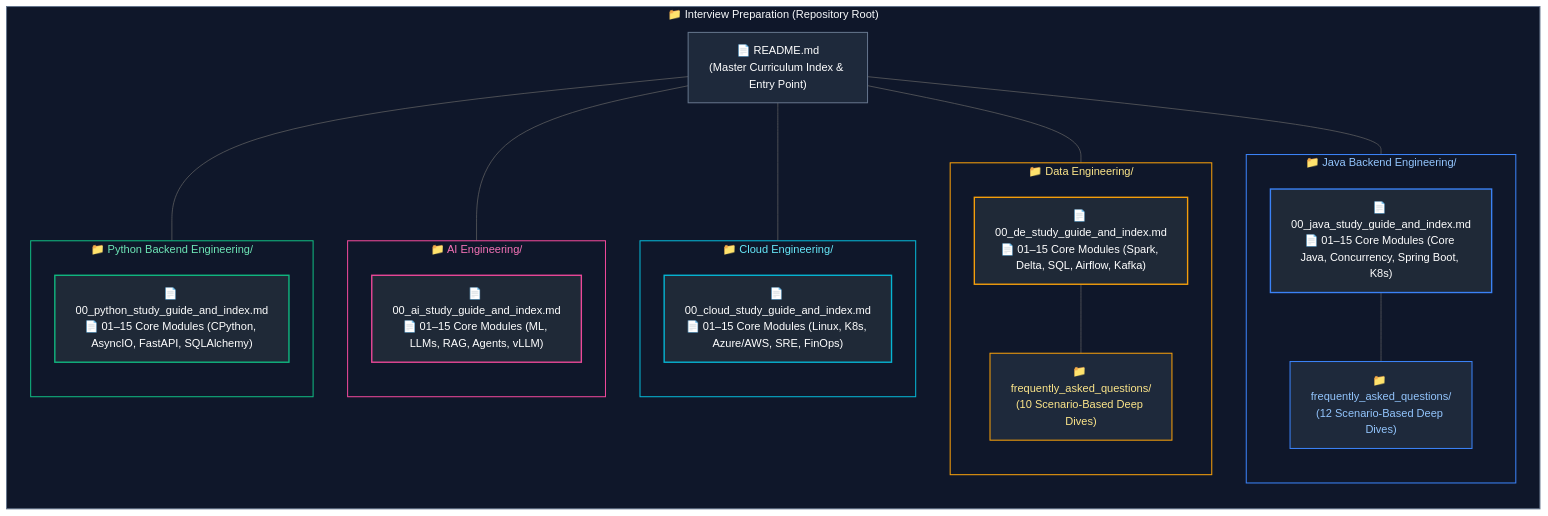
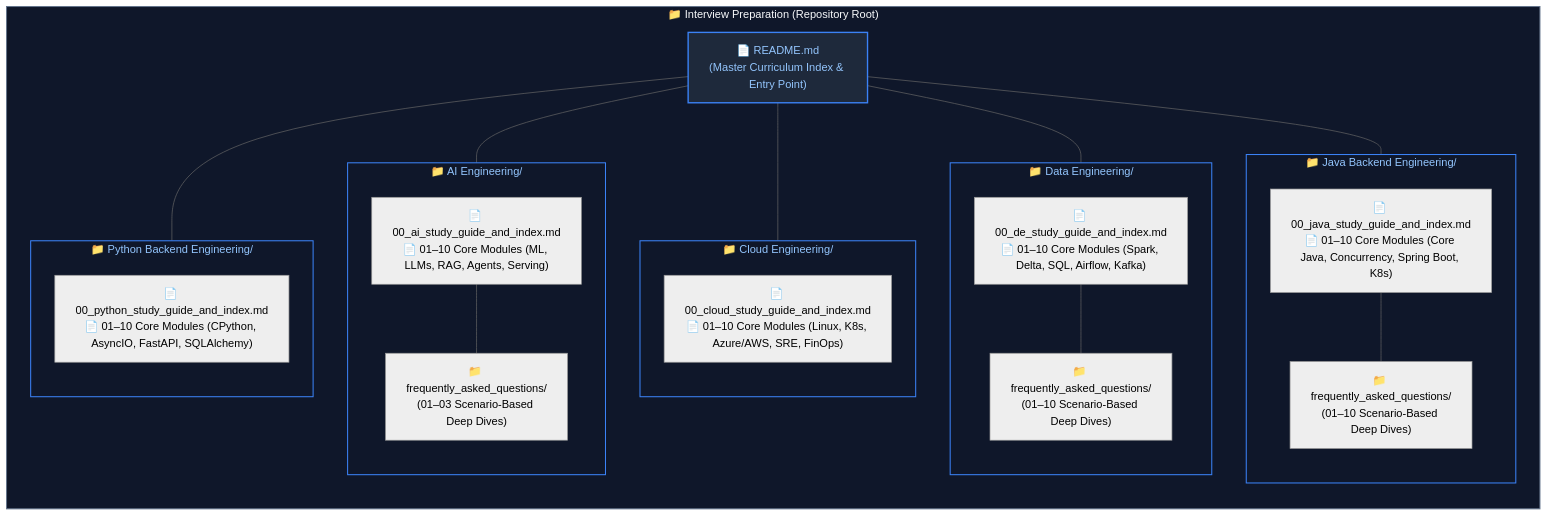
One commit to joydeep-biswas/Interview-Preparation changed the diagram in README.md. Above: the diagram before and after it, drawn with Mermaid (neutral theme). The commit also changed other lines of this file and 178 other files, not shown here.

````diff
--- a/README.md
+++ b/README.md
@@ -69,57 +75,52 @@
 ```mermaid
 flowchart TD
     subgraph RepoRoot ["📁 Interview Preparation (Repository Root)"]
         direction TB
         Readme["📄 README.md<br/>(Master Curriculum Index & Entry Point)"]
         
         subgraph AI_Track ["📁 AI Engineering/"]
             direction TB
-            AI_Core["📄 00_ai_study_guide_and_index.md<br/>📄 01–15 Core Modules (ML, LLMs, RAG, Agents, vLLM)"]
+            AI_Core["📄 00_ai_study_guide_and_index.md<br/>📄 01–10 Core Modules (ML, LLMs, RAG, Agents, Serving)"]
+            AI_FAQ["📁 frequently_asked_questions/<br/>(01–03 Scenario-Based Deep Dives)"]
+            AI_Core --- AI_FAQ
         end
 
         subgraph Cloud_Track ["📁 Cloud Engineering/"]
             direction TB
-            Cloud_Core["📄 00_cloud_study_guide_and_index.md<br/>📄 01–15 Core Modules (Linux, K8s, Azure/AWS, SRE, FinOps)"]
+            Cloud_Core["📄 00_cloud_study_guide_and_index.md<br/>📄 01–10 Core Modules (Linux, K8s, Azure/AWS, SRE, FinOps)"]
         end
 
         subgraph Data_Track ["📁 Data Engineering/"]
             direction TB
-            Data_Core["📄 00_de_study_guide_and_index.md<br/>📄 01–15 Core Modules (Spark, Delta, SQL, Airflow, Kafka)"]
-            Data_FAQ["📁 frequently_asked_questions/<br/>(10 Scenario-Based Deep Dives)"]
+            Data_Core["📄 00_de_study_guide_and_index.md<br/>📄 01–10 Core Modules (Spark, Delta, SQL, Airflow, Kafka)"]
+            Data_FAQ["📁 frequently_asked_questions/<br/>(01–10 Scenario-Based Deep Dives)"]
             Data_Core --- Data_FAQ
         end
 
         subgraph Java_Track ["📁 Java Backend Engineering/"]
             direction TB
-            Java_Core["📄 00_java_study_guide_and_index.md<br/>📄 01–15 Core Modules (Core Java, Concurrency, Spring Boot, K8s)"]
-            Java_FAQ["📁 frequently_asked_questions/<br/>(12 Scenario-Based Deep Dives)"]
+            Java_Core["📄 00_java_study_guide_and_index.md<br/>📄 01–10 Core Modules (Core Java, Concurrency, Spring Boot, K8s)"]
+            Java_FAQ["📁 frequently_asked_questions/<br/>(01–10 Scenario-Based Deep Dives)"]
             Java_Core --- Java_FAQ
         end
 
         subgraph Python_Track ["📁 Python Backend Engineering/"]
             direction TB
-            Python_Core["📄 00_python_study_guide_and_index.md<br/>📄 01–15 Core Modules (CPython, AsyncIO, FastAPI, SQLAlchemy)"]
+            Python_Core["📄 00_python_study_guide_and_index.md<br/>📄 01–10 Core Modules (CPython, AsyncIO, FastAPI, SQLAlchemy)"]
         end
     end
 
     Readme --- AI_Track
     Readme --- Cloud_Track
     Readme --- Data_Track
     Readme --- Java_Track
     Readme --- Python_Track
 
     style RepoRoot fill:#0f172a,stroke:#64748b,stroke-width:1.5px,color:#f8fafc
-    style Readme fill:#1e293b,stroke:#64748b,stroke-width:1.5px,color:#ffffff
-    style AI_Track fill:#0f172a,stroke:#ec4899,stroke-width:1.5px,color:#f472b6
-    style AI_Core fill:#1f2937,stroke:#ec4899,stroke-width:2px,color:#ffffff
-    style Cloud_Track fill:#0f172a,stroke:#06b6d4,stroke-width:1.5px,color:#67e8f9
-    style Cloud_Core fill:#1f2937,stroke:#06b6d4,stroke-width:2px,color:#ffffff
-    style Data_Track fill:#0f172a,stroke:#f59e0b,stroke-width:1.5px,color:#fde68a
-    style Data_Core fill:#1f2937,stroke:#f59e0b,stroke-width:2px,color:#ffffff
-    style Data_FAQ fill:#1e293b,stroke:#f59e0b,stroke-width:1.5px,color:#fde68a
+    style Readme fill:#1e293b,stroke:#3b82f6,stroke-width:2px,color:#93c5fd
+    style AI_Track fill:#0f172a,stroke:#3b82f6,stroke-width:1.5px,color:#93c5fd
+    style Cloud_Track fill:#0f172a,stroke:#3b82f6,stroke-width:1.5px,color:#93c5fd
+    style Data_Track fill:#0f172a,stroke:#3b82f6,stroke-width:1.5px,color:#93c5fd
     style Java_Track fill:#0f172a,stroke:#3b82f6,stroke-width:1.5px,color:#93c5fd
-    style Java_Core fill:#1f2937,stroke:#3b82f6,stroke-width:2px,color:#ffffff
-    style Java_FAQ fill:#1e293b,stroke:#3b82f6,stroke-width:1.5px,color:#93c5fd
-    style Python_Track fill:#0f172a,stroke:#10b981,stroke-width:1.5px,color:#6ee7b7
-    style Python_Core fill:#1f2937,stroke:#10b981,stroke-width:2px,color:#ffffff
+    style Python_Track fill:#0f172a,stroke:#3b82f6,stroke-width:1.5px,color:#93c5fd
 ```
````
